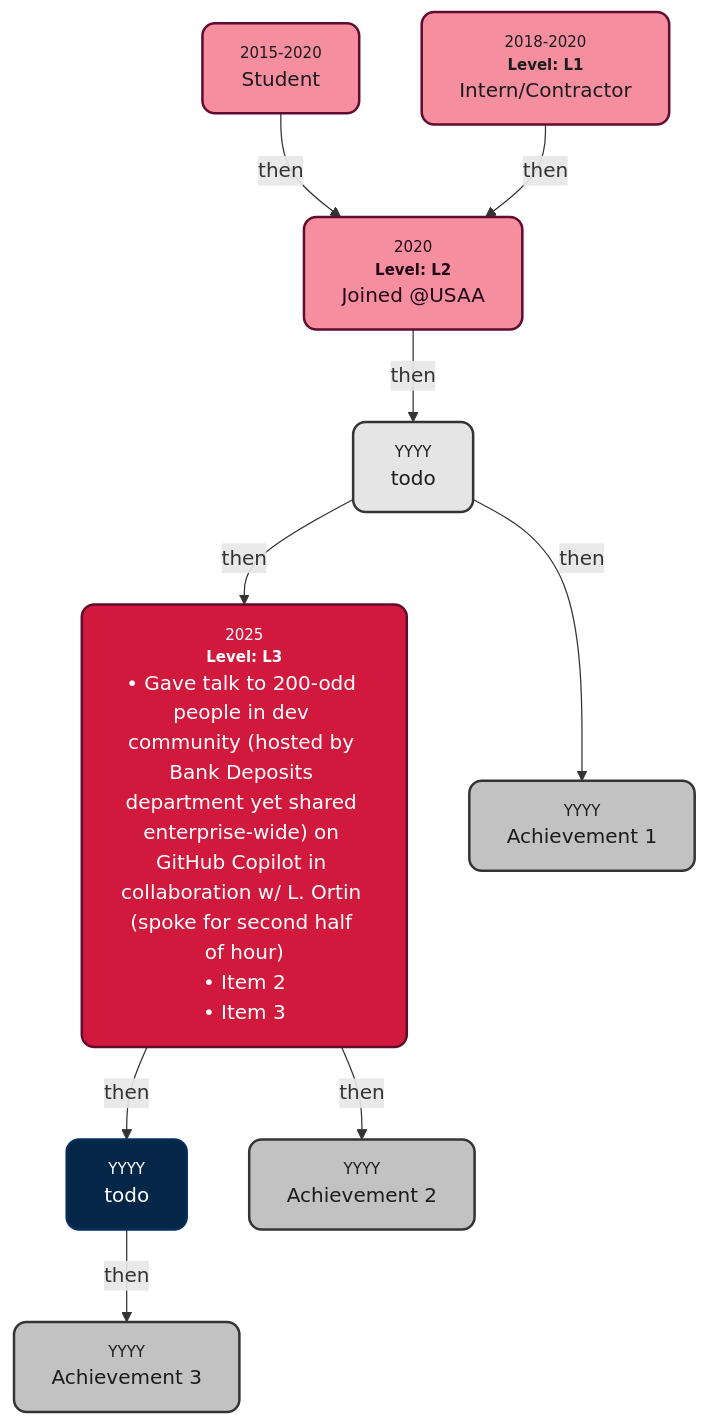
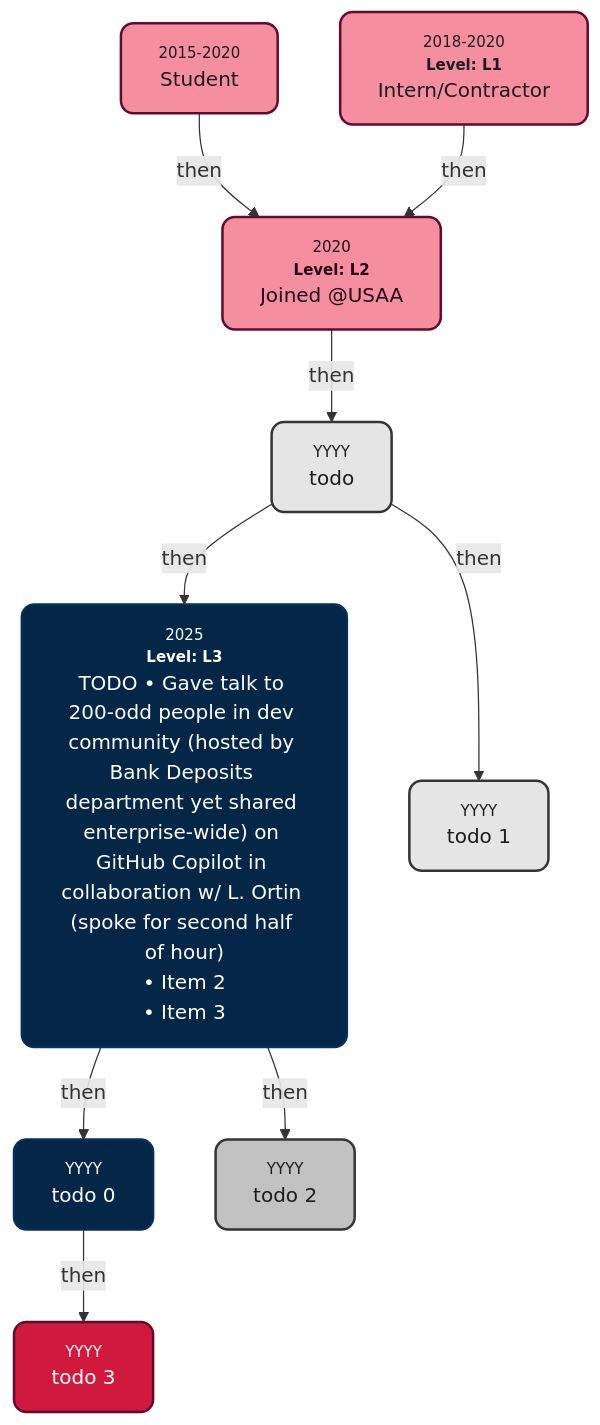
One commit to s-sepanski/portfolio changed the diagram in README.md. Above: the diagram before and after it, drawn with Mermaid.

Commit message:
feat: node colors

````diff
--- a/README.md
+++ b/README.md
@@ -30,22 +30,22 @@
 ```mermaid
 graph TD
     PreStudentNode["<div style='font-size:75%;  color:#848484; text-align:center;'>2015-2020</div>Student"] -->|then| A["<div style='font-size:75%; color:#848484; text-align:center;'>2020</div><div style='font-size:75%; color:#848484; text-align:center;'><b>Level: L2</b><br/></div>Joined @USAA<br>"]
     ContractorNode["<div style='font-size:75%; color:#848484; text-align:center;'>2018-2020</div><div style='font-size:75%; color:#848484; text-align:center;'><b>Level: L1</b></div>Intern/Contractor"] -->|then| A
     A -->|then| B["<div style='font-size:75%; color:#848484; text-align:center;'>YYYY</div>todo"]
-    B -->|then| C["<div style='font-size:75%; color:#848484; text-align:center;'>2025</div><div style='font-size:75%; color:#848484; text-align:center;'><b>Level: L3</b><br/></div><SWE 1 2025<br>• Gave talk to 200-odd people in dev community (hosted by Bank Deposits department yet shared enterprise-wide) on GitHub Copilot in collaboration w/ L. Ortin (spoke for second half of hour)<br>• Item 2<br>• Item 3"]
-    C -->|then| D["<div style='font-size:75%; color:#848484; text-align:center;'>YYYY</div>todo"]
-    B -->|then| E["<div style='font-size:75%; color:#848484; text-align:center;'>YYYY</div>Achievement 1"]
-    C -->|then| F["<div style='font-size:75%; color:#848484; text-align:center;'>YYYY</div>Achievement 2"]
-    D -->|then| G["<div style='font-size:75%; color:#848484; text-align:center;'>YYYY</div>Achievement 3"]
+    B -->|then| C["<div style='font-size:75%; color:#848484; text-align:center;'>2025</div><div style='font-size:75%; color:#848484; text-align:center;'><b>Level: L3</b><br/></div><SWE 1 2025<br>TODO • Gave talk to 200-odd people in dev community (hosted by Bank Deposits department yet shared enterprise-wide) on GitHub Copilot in collaboration w/ L. Ortin (spoke for second half of hour)<br>• Item 2<br>• Item 3"]
+    C -->|then| D["<div style='font-size:75%; color:#848484; text-align:center;'>YYYY</div>todo 0"]
+    B -->|then| E["<div style='font-size:75%; color:#848484; text-align:center;'>YYYY</div>todo 1"]
+    C -->|then| F["<div style='font-size:75%; color:#848484; text-align:center;'>YYYY</div>todo 2"]
+    D -->|then| G["<div style='font-size:75%; color:#848484; text-align:center;'>YYYY</div>todo 3"]
     style PreStudentNode fill:#f58e9f,stroke:#610b2f,stroke-width:2px,color:#1c1c1c
     style ContractorNode fill:#f58e9f,stroke:#610b2f,stroke-width:2px,color:#1c1c1c
     style A fill:#f58e9f,stroke:#610b2f,stroke-width:2px,color:#230519
     style B fill:#e5e5e5,stroke:#343434,stroke-width:2px,color:#1c1c1c
-    style C fill:#d1193e,stroke:#610b2f,stroke-width:2px,color:#FFFFFF
+    style C fill:#042748,stroke:#042e5c,stroke-width:2px,color:#FFFFFF
     style D fill:#042748,stroke:#042e5c,stroke-width:2px,color:#FFFFFF
-    style E fill:#c2c2c2,stroke:#343434,stroke-width:2px,color:#1c1c1c
+    style E fill:#e5e5e5,stroke:#343434,stroke-width:2px,color:#1c1c1c
     style F fill:#c2c2c2,stroke:#343434,stroke-width:2px,color:#1c1c1c
-    style G fill:#c2c2c2,stroke:#343434,stroke-width:2px,color:#1c1c1c
+    style G fill:#d1193e,stroke:#610b2f,stroke-width:2px,color:#FFFFFF
     classDef rounded stroke-width:2px,rx:10,ry:10;
     class PreStudentNode,ContractorNode,A,B,C,D,E,F,G rounded;
 ```
````
